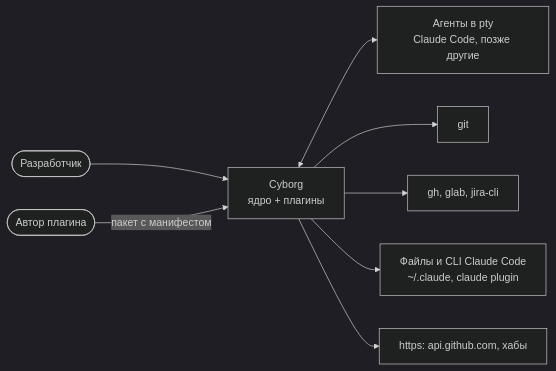
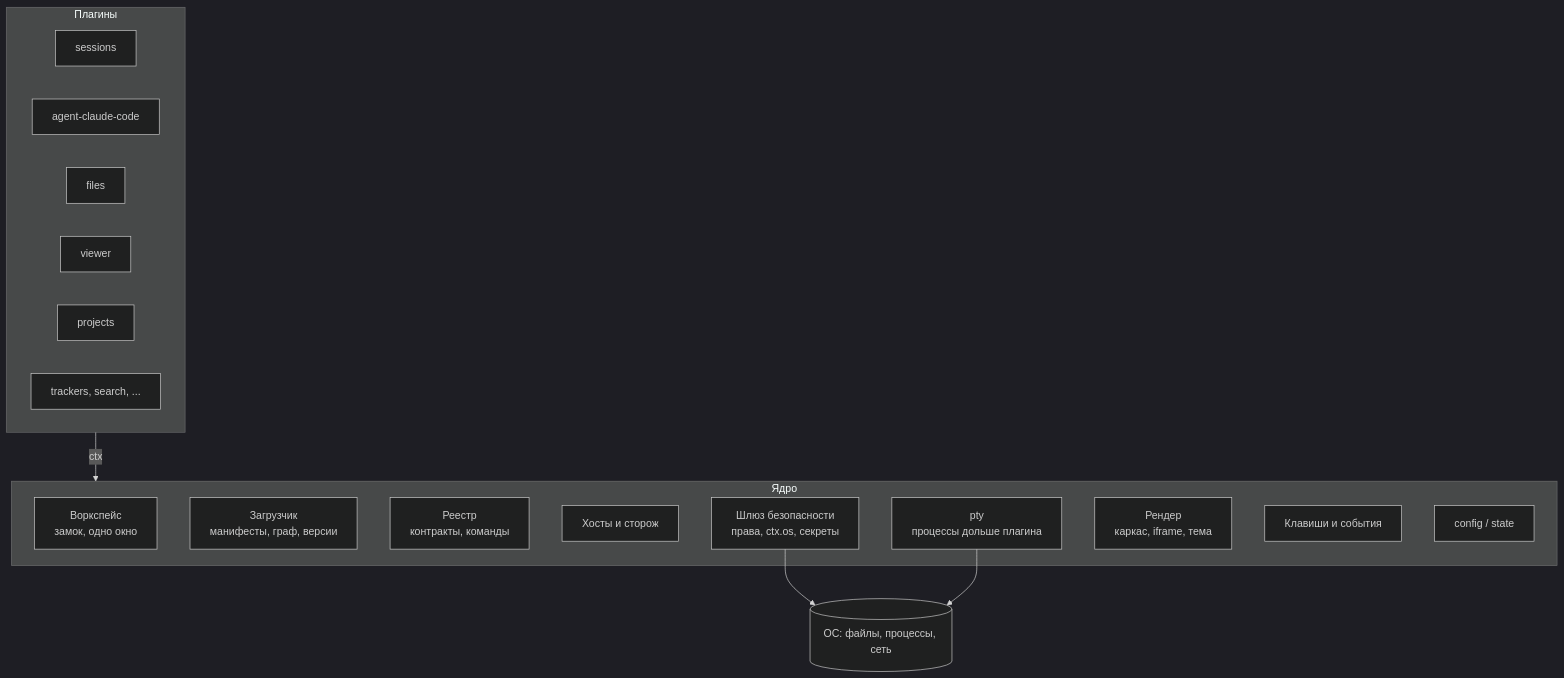
Before and after one commit to dex-it/cyborg-harness: the first of 3 diagrams in docs/03-architecture/design/sad.md, drawn with Mermaid (dark theme). The commit also changed other lines of this file and 60 other files, not shown here.

````diff
--- a/docs/03-architecture/design/sad.md
+++ b/docs/03-architecture/design/sad.md
@@ -36,13 +18,30 @@
 ```mermaid
-flowchart LR
-  accTitle: Контекст системы
-  accDescr: Разработчик работает с Cyborg. Cyborg запускает агентов в pty, читает git, работает с трекерами через CLI и читает файлы Claude Code.
+flowchart TB
+  accTitle: Ядро и плагины Cyborg
+  accDescr: Ядро состоит из воркспейса, загрузчика с версиями, реестра контрактов и команд, хостов со сторожем, владельца pty, шлюза безопасности, рендера, клавиш и событий, config и state. Плагины общаются только через ядро: контракты, команды и типы данных. Доступ к ОС идёт только через шлюз.
 
-  DEV(["Разработчик"]) --> CY["Cyborg<br/>ядро + плагины"]
-  CY <--> AG["Агенты в pty<br/>Claude Code, позже другие"]
-  CY --> GIT["git"]
-  CY --> TRK["gh, glab, jira-cli"]
-  CY --> CCF["Файлы и CLI Claude Code<br/>~/.claude, claude plugin"]
-  CY --> NET["https: api.github.com, хабы"]
-  AUTH(["Автор плагина"]) -->|"пакет с манифестом"| CY
+  subgraph core["Ядро"]
+    workspace["Воркспейс<br/>замок, одно окно"]
+    loader["Загрузчик<br/>манифесты, граф, версии"]
+    registry["Реестр<br/>контракты, команды"]
+    hosts["Хосты и сторож"]
+    pty["pty<br/>процессы дольше плагина"]
+    gateway["Шлюз безопасности<br/>права, ctx.os, секреты"]
+    render["Рендер<br/>каркас, iframe, тема"]
+    keys["Клавиши и события"]
+    config["config / state"]
+  end
+
+  subgraph plugins["Плагины"]
+    sessions["sessions"]
+    agent["agent-claude-code"]
+    files["files"]
+    viewer["viewer"]
+    projects["projects"]
+    more["trackers, search, ..."]
+  end
+
+  plugins -->|"ctx"| core
+  gateway --> os[("ОС: файлы, процессы, сеть")]
+  pty --> os
 ```
````
